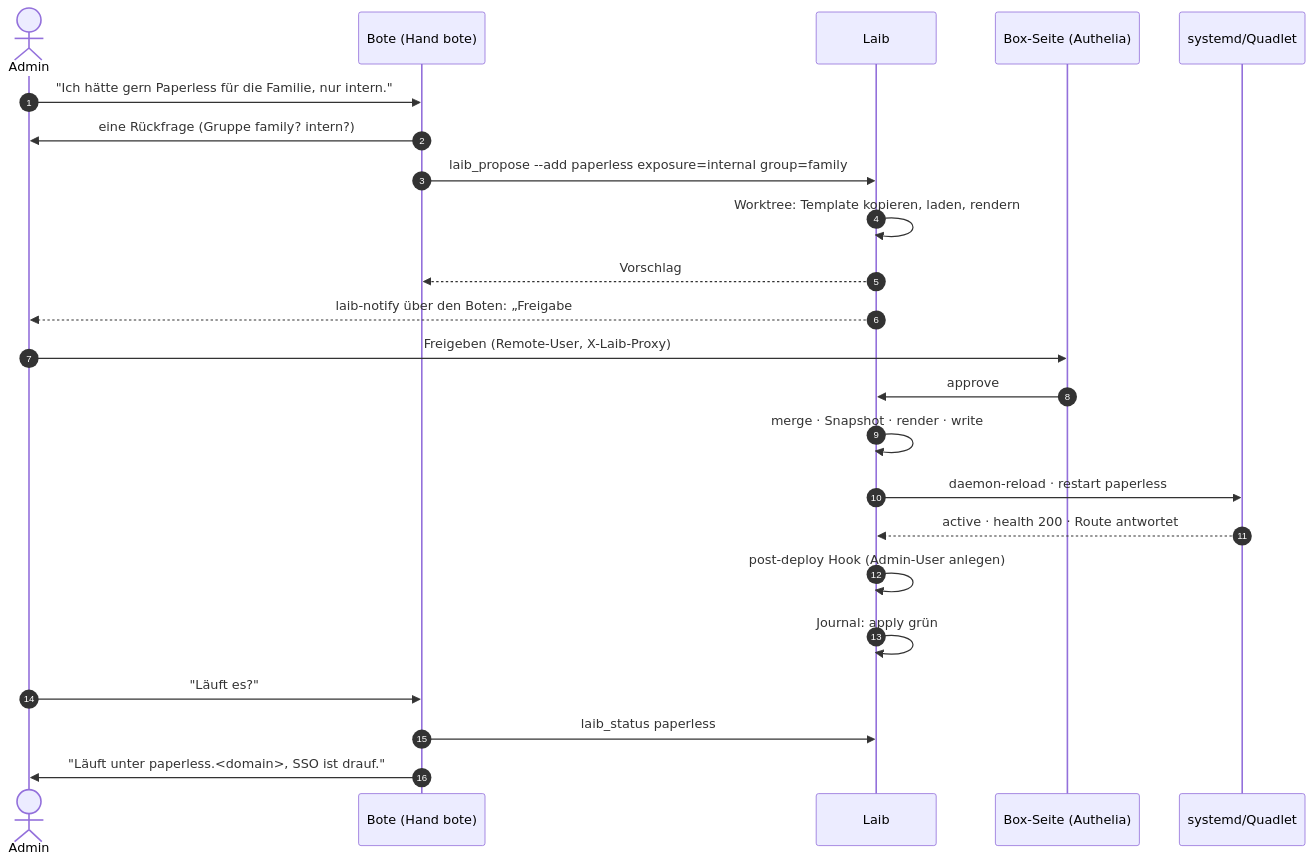
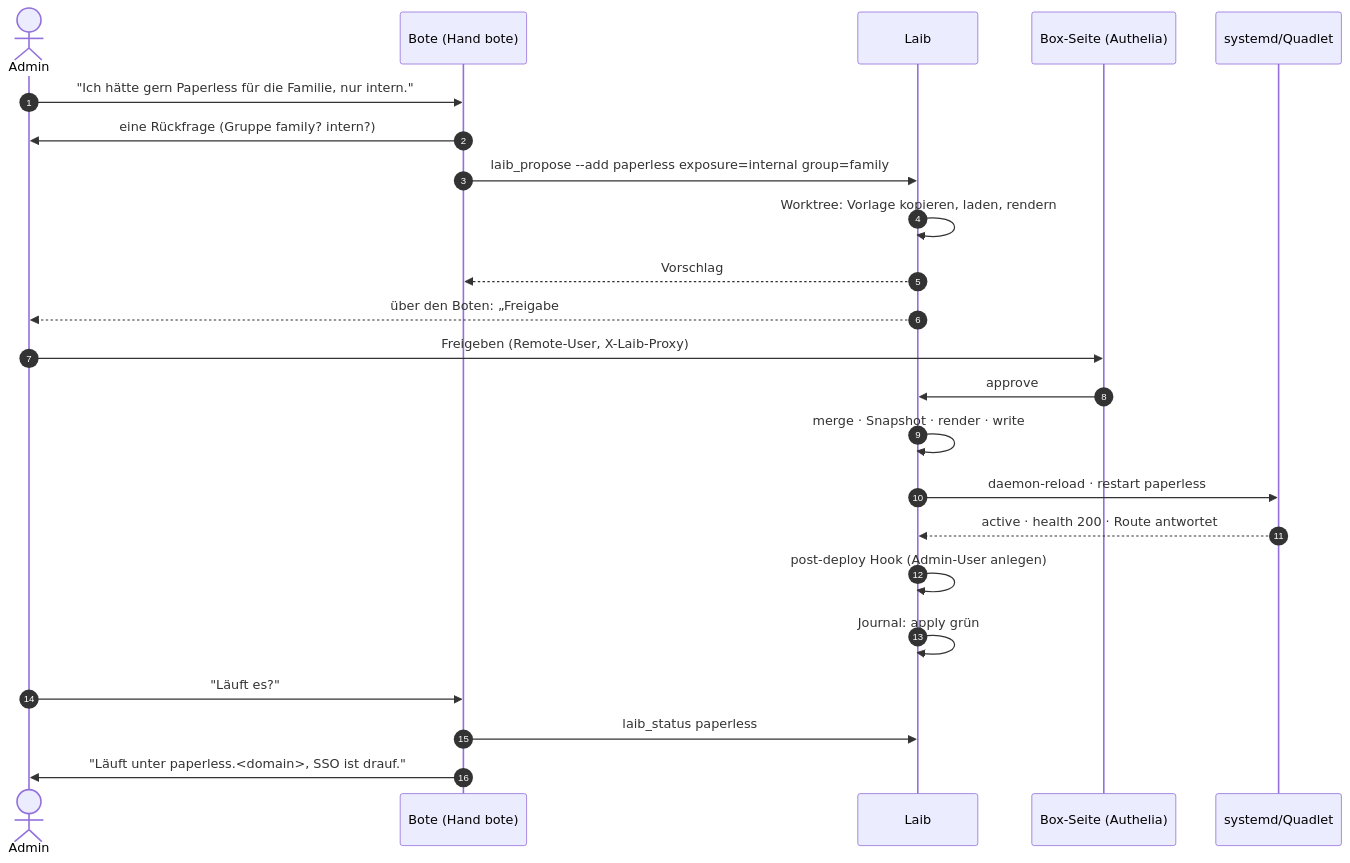
One commit to mdopp/laib changed the fifth of 5 diagrams in docs/C4.md. Above: the diagram before and after it, drawn with Mermaid. The commit also changed other lines of this file and 40 other files, not shown here.

````diff
--- a/docs/C4.md
+++ b/docs/C4.md
@@ -213,26 +387,25 @@
 ```mermaid
 sequenceDiagram
   autonumber
   actor A as Admin
   participant S as Bote (Hand bote)
   participant L as Laib
   participant B as Box-Seite (Authelia)
   participant Q as systemd/Quadlet
-
   A->>S: "Ich hätte gern Paperless für die Familie, nur intern."
   S->>A: eine Rückfrage (Gruppe family? intern?)
   S->>L: laib_propose --add paperless exposure=internal group=family
-  L->>L: Worktree: Template kopieren, laden, rendern
+  L->>L: Worktree: Vorlage kopieren, laden, rendern
   L-->>S: Vorschlag #17 (Diff)
-  L-->>A: laib-notify über den Boten: „Freigabe #17: … · Link auf laib.<domain>/inbox“
+  L-->>A: über den Boten: „Freigabe #17 … · Link auf laib.#lt;domain#gt;/inbox“
   A->>B: Freigeben (Remote-User, X-Laib-Proxy)
   B->>L: approve #17 als human:admin
   L->>L: merge · Snapshot · render · write
   L->>Q: daemon-reload · restart paperless
   Q-->>L: active · health 200 · Route antwortet
   L->>L: post-deploy Hook (Admin-User anlegen)
-  L->>L: Journal: apply grün #c81f2a
+  L->>L: Journal: apply grün
   A->>S: "Läuft es?"
   S->>L: laib_status paperless
-  S->>A: "Läuft unter paperless.<domain>, SSO ist drauf."
+  S->>A: "Läuft unter paperless.#lt;domain#gt;, SSO ist drauf."
 ```
````
